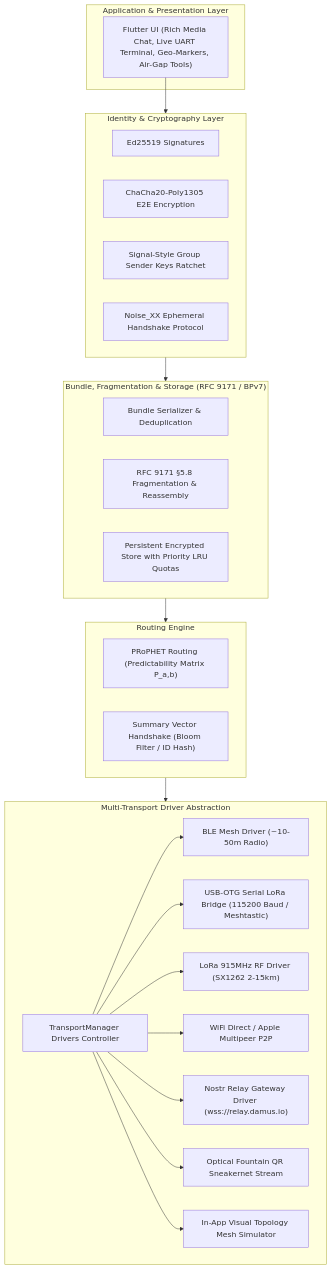
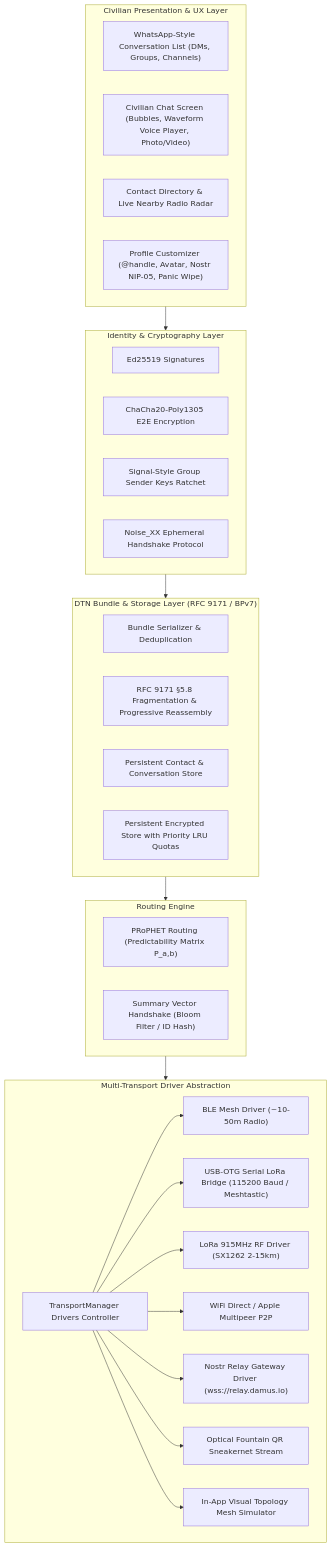
Before and after one commit to Zcross091/Better-BitChat: the diagram in README.md, drawn with Mermaid. The commit also changed other lines of this file and 13 other files, not shown here.

First line of the commit message:
feat: implement civilian WhatsApp competitor suite — DMs, groups, handles, voice waveforms, photos, and reactions

````diff
--- a/README.md
+++ b/README.md
@@ -28,47 +31,51 @@
 ```mermaid
 graph TD
-    subgraph UI ["Application & Presentation Layer"]
-        AppUI["Flutter UI (Rich Media Chat, Live UART Terminal, Geo-Markers, Air-Gap Tools)"]
+    subgraph UI ["Civilian Presentation & UX Layer"]
+        Conversations["WhatsApp-Style Conversation List (DMs, Groups, Channels)"]
+        ChatStream["Civilian Chat Screen (Bubbles, Waveform Voice Player, Photo/Video)"]
+        Contacts["Contact Directory & Live Nearby Radio Radar"]
+        Profile["Profile Customizer (@handle, Avatar, Nostr NIP-05, Panic Wipe)"]
     end
 
     subgraph Security ["Identity & Cryptography Layer"]
         Ed25519["Ed25519 Signatures"]
         ChaCha["ChaCha20-Poly1305 E2E Encryption"]
         GroupKeys["Signal-Style Group Sender Keys Ratchet"]
         Noise["Noise_XX Ephemeral Handshake Protocol"]
     end
 
-    subgraph DTN ["Bundle, Fragmentation & Storage (RFC 9171 / BPv7)"]
+    subgraph DTN ["DTN Bundle & Storage Layer (RFC 9171 / BPv7)"]
         BundleEngine["Bundle Serializer & Deduplication"]
-        FragEngine["RFC 9171 §5.8 Fragmentation & Reassembly"]
+        FragEngine["RFC 9171 §5.8 Fragmentation & Progressive Reassembly"]
+        ContactStore["Persistent Contact & Conversation Store"]
         PersistentStore["Persistent Encrypted Store with Priority LRU Quotas"]
     end
 
     subgraph Routing ["Routing Engine"]
         Prophet["PRoPHET Routing (Predictability Matrix P_a,b)"]
         Vector["Summary Vector Handshake (Bloom Filter / ID Hash)"]
     end
 
     subgraph Transport ["Multi-Transport Driver Abstraction"]
         Manager["TransportManager Drivers Controller"]
         BLE["BLE Mesh Driver (~10-50m Radio)"]
         USBSerial["USB-OTG Serial LoRa Bridge (115200 Baud / Meshtastic)"]
         LoRa["LoRa 915MHz RF Driver (SX1262 2-15km)"]
         WiFiP2P["WiFi Direct / Apple Multipeer P2P"]
         Nostr["Nostr Relay Gateway Driver (wss://relay.damus.io)"]
         Fountain["Optical Fountain QR Sneakernet Stream"]
         Simulator["In-App Visual Topology Mesh Simulator"]
     end
 
-    AppUI --> Security
+    UI --> Security
     Security --> DTN
     DTN --> Routing
     Routing --> Transport
     Manager --> BLE
     Manager --> USBSerial
     Manager --> LoRa
     Manager --> WiFiP2P
     Manager --> Nostr
     Manager --> Fountain
     Manager --> Simulator
 ```
````
